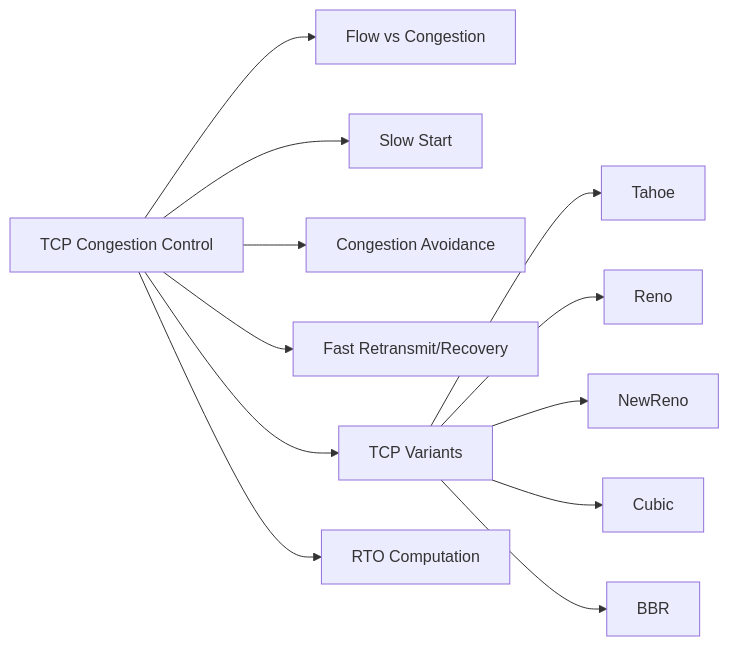
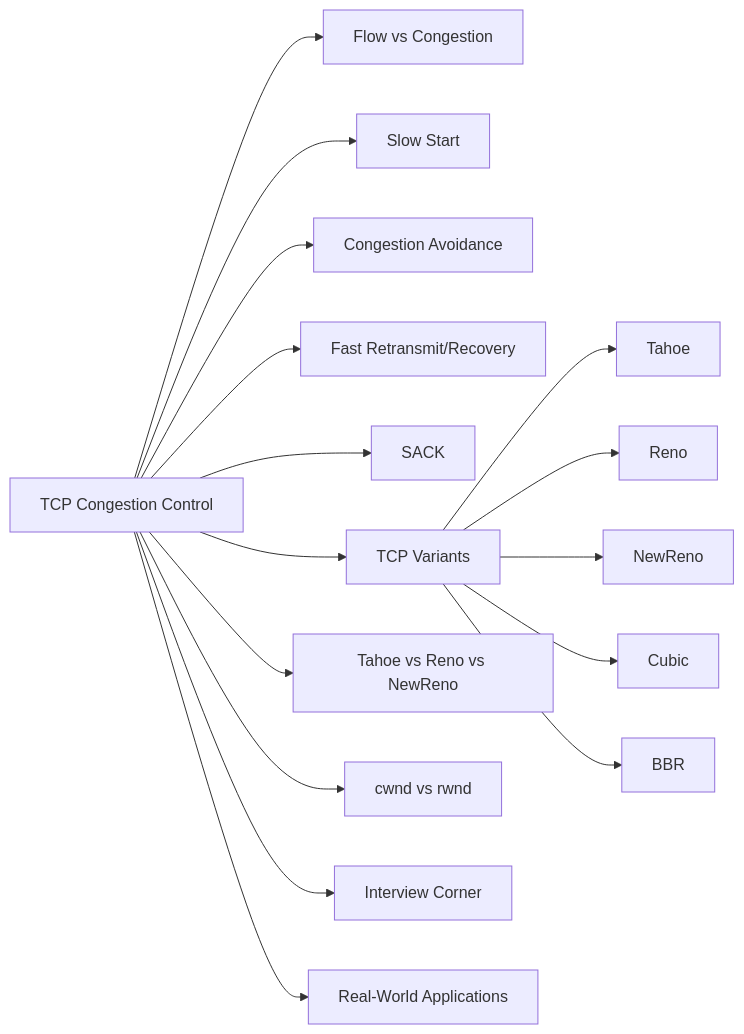
The diagram in docs/courses/computer-networks/09-tcp-congestion.md (Raushan666java/ai-engineering-journey), drawn with Mermaid before and after one commit. The commit also changed other lines of this file and 17 other files, not shown here.

````diff
--- a/docs/courses/computer-networks/09-tcp-congestion.md
+++ b/docs/courses/computer-networks/09-tcp-congestion.md
@@ -30,14 +34,18 @@
 ```mermaid
 flowchart LR
     A[TCP Congestion Control] --> B[Flow vs Congestion]
     A --> C[Slow Start]
     A --> D[Congestion Avoidance]
     A --> E[Fast Retransmit/Recovery]
-    A --> F[TCP Variants]
-    F --> F1[Tahoe]
-    F --> F2[Reno]
-    F --> F3[NewReno]
-    F --> F4[Cubic]
-    F --> F5[BBR]
-    A --> G[RTO Computation]
+    A --> F[SACK]
+    A --> G[TCP Variants]
+    G --> G1[Tahoe]
+    G --> G2[Reno]
+    G --> G3[NewReno]
+    G --> G4[Cubic]
+    G --> G5[BBR]
+    A --> H[Tahoe vs Reno vs NewReno]
+    A --> I[cwnd vs rwnd]
+    A --> J[Interview Corner]
+    A --> K[Real-World Applications]
 ```
````
